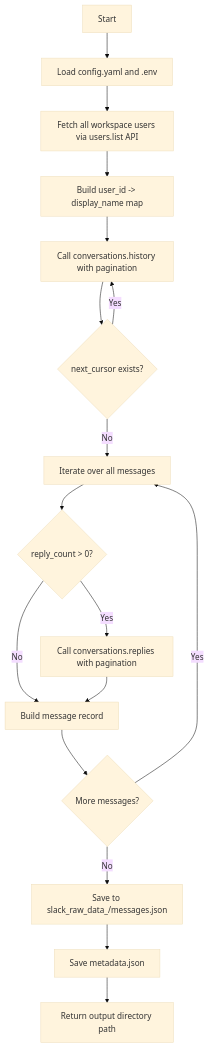
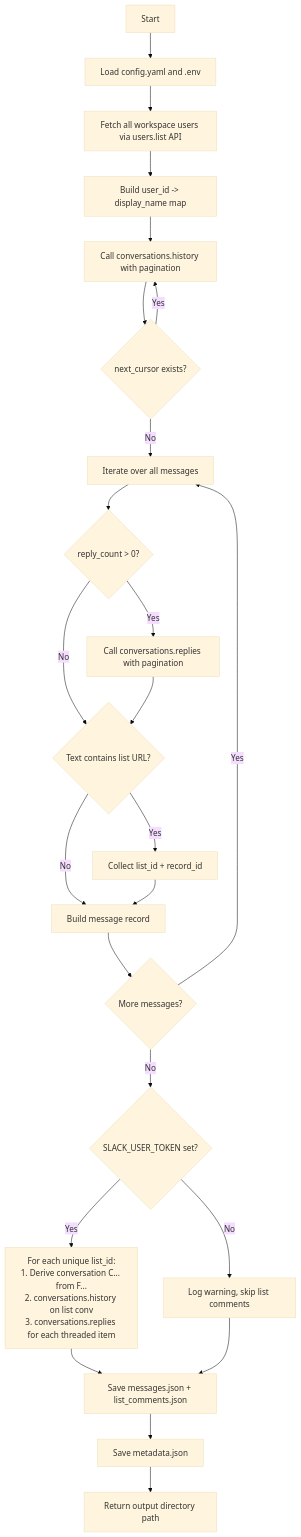
Before and after one commit to dchourasia/slack-rag-data-generator: the second of 5 diagrams in plan.md, drawn with Mermaid (base theme). The commit also changed other lines of this file and 1 other file, not shown here.

Commit message:
enabling comments extraction from list item

````diff
--- a/plan.md
+++ b/plan.md
@@ -176,19 +178,26 @@
 ```mermaid
 flowchart TD
     Start[Start] --> LoadConfig[Load config.yaml and .env]
     LoadConfig --> FetchUsers[Fetch all workspace users via users.list API]
     FetchUsers --> BuildUserMap["Build user_id -> display_name map"]
     BuildUserMap --> FetchHistory["Call conversations.history with pagination"]
     FetchHistory --> CheckCursor{next_cursor exists?}
     CheckCursor -->|Yes| FetchHistory
     CheckCursor -->|No| ProcessMessages[Iterate over all messages]
     ProcessMessages --> HasThread{"reply_count > 0?"}
     HasThread -->|Yes| FetchReplies["Call conversations.replies with pagination"]
-    HasThread -->|No| BuildRecord[Build message record]
-    FetchReplies --> BuildRecord
+    HasThread -->|No| DetectList{"Text contains list URL?"}
+    FetchReplies --> DetectList
+    DetectList -->|Yes| CollectListID["Collect list_id + record_id"]
+    DetectList -->|No| BuildRecord[Build message record]
+    CollectListID --> BuildRecord
     BuildRecord --> MoreMessages{More messages?}
     MoreMessages -->|Yes| ProcessMessages
-    MoreMessages -->|No| SaveJSON["Save to slack_raw_data_<ts>/messages.json"]
+    MoreMessages -->|No| HasUserToken{"SLACK_USER_TOKEN set?"}
+    HasUserToken -->|Yes| FetchListComments["For each unique list_id:\n1. Derive conversation C... from F...\n2. conversations.history on list conv\n3. conversations.replies for each threaded item"]
+    HasUserToken -->|No| SkipLists["Log warning, skip list comments"]
+    FetchListComments --> SaveJSON["Save messages.json + list_comments.json"]
+    SkipLists --> SaveJSON
     SaveJSON --> SaveMeta["Save metadata.json"]
     SaveMeta --> Done[Return output directory path]
 ```
````
